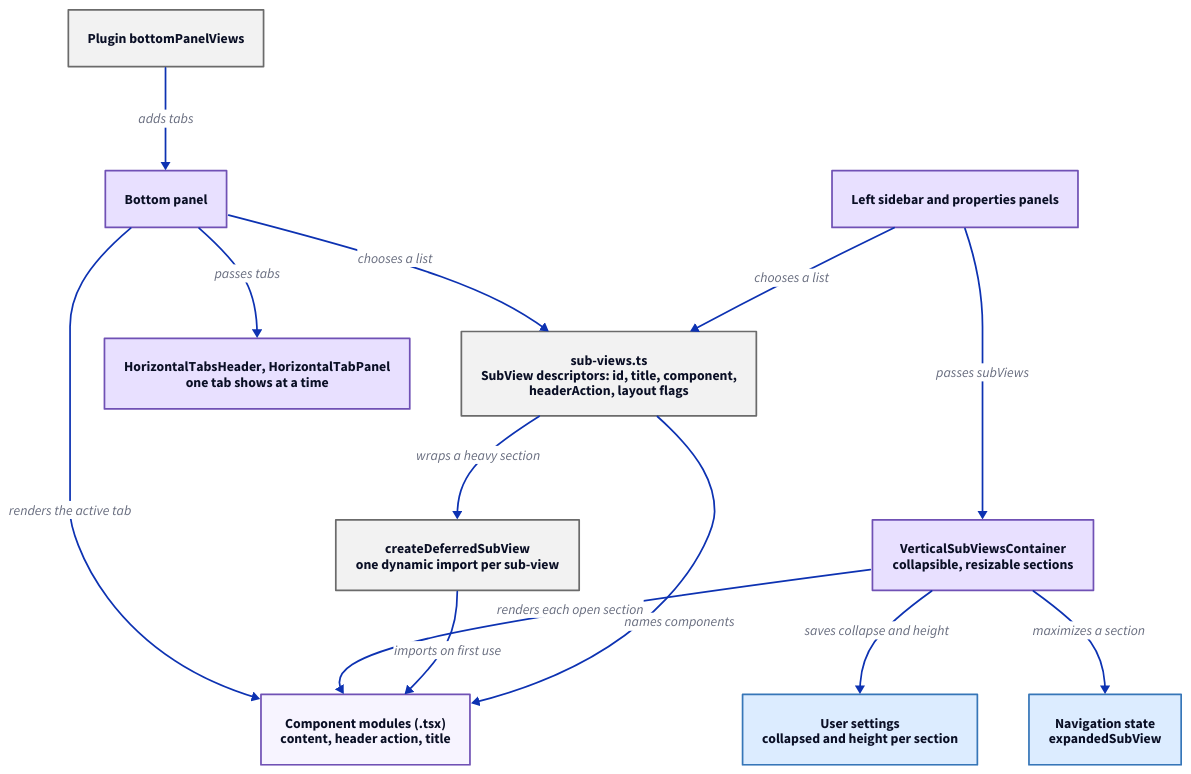
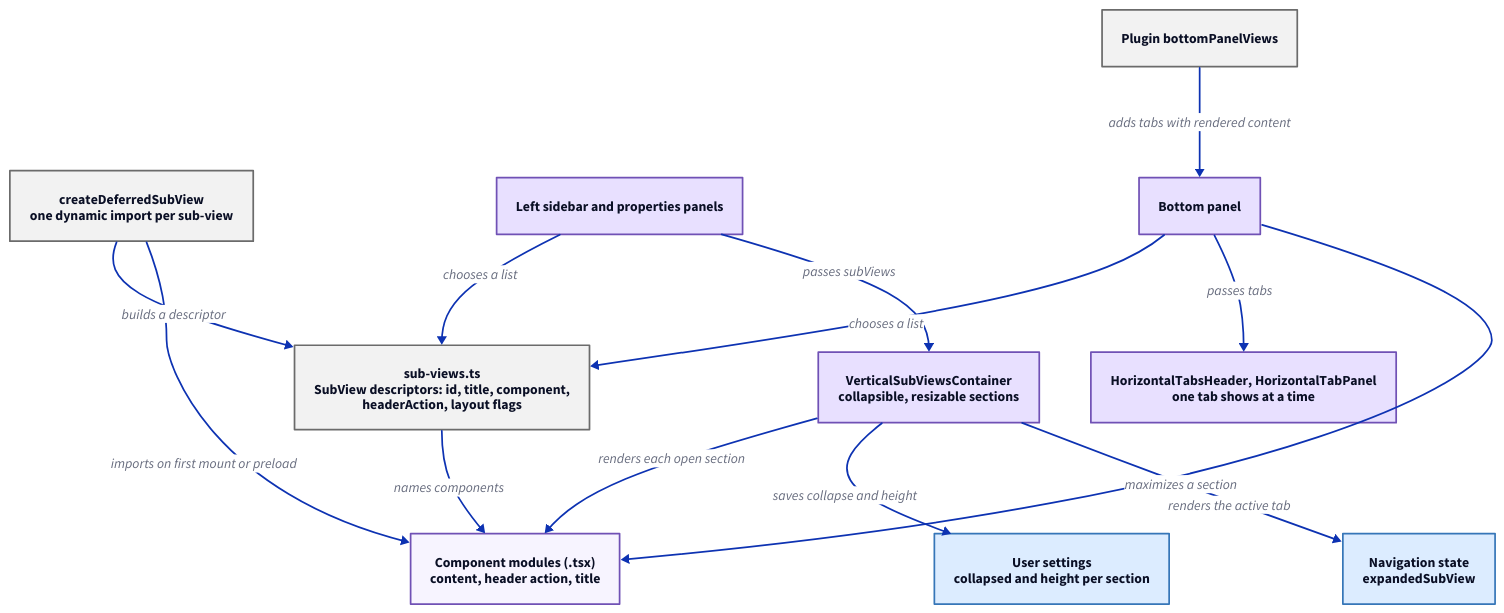
One commit to hashintel/hash changed the diagram in libs/@hashintel/petrinaut/src/ui/components/sub-view/sub-views.d2. Above: the diagram before and after it, drawn with D2. The commit also changed 1 other file, not shown here.

```diff
--- a/libs/@hashintel/petrinaut/src/ui/components/sub-view/sub-views.d2
+++ b/libs/@hashintel/petrinaut/src/ui/components/sub-view/sub-views.d2
@@ -1,30 +1,30 @@
 # Hand-written; rendered by the arch-docs build. React components use the
 # purple palette, stores the blue one, plain data the grey one.
 direction: down
 
 descriptors: "sub-views.ts\nSubView descriptors: id, title, component,\nheaderAction, layout flags" {style.fill: "#f2f2f2"; style.stroke: "#6b6b6b"}
 modules: "Component modules (.tsx)\ncontent, header action, title" {style.fill: "#f7f4ff"; style.stroke: "#7051b5"}
 deferred: "createDeferredSubView\none dynamic import per sub-view" {style.fill: "#f2f2f2"; style.stroke: "#6b6b6b"}
 
 side: "Left sidebar and properties panels" {style.fill: "#e8e0ff"; style.stroke: "#7051b5"}
 bottom: "Bottom panel" {style.fill: "#e8e0ff"; style.stroke: "#7051b5"}
 plugin: "Plugin bottomPanelViews" {style.fill: "#f2f2f2"; style.stroke: "#6b6b6b"}
 
 sections: "VerticalSubViewsContainer\ncollapsible, resizable sections" {style.fill: "#e8e0ff"; style.stroke: "#7051b5"}
 tabs: "HorizontalTabsHeader, HorizontalTabPanel\none tab shows at a time" {style.fill: "#e8e0ff"; style.stroke: "#7051b5"}
 
 settings: "User settings\ncollapsed and height per section" {style.fill: "#dcecff"; style.stroke: "#3676b8"}
 navigation: "Navigation state\nexpandedSubView" {style.fill: "#dcecff"; style.stroke: "#3676b8"}
 
 descriptors -> modules: "names components"
-descriptors -> deferred: "wraps a heavy section"
-deferred -> modules: "imports on first use"
+deferred -> descriptors: "builds a descriptor"
+deferred -> modules: "imports on first mount or preload"
 side -> descriptors: "chooses a list"
 bottom -> descriptors: "chooses a list"
-plugin -> bottom: "adds tabs"
+plugin -> bottom: "adds tabs with rendered content"
 side -> sections: "passes subViews"
 bottom -> tabs: "passes tabs"
 sections -> modules: "renders each open section"
 bottom -> modules: "renders the active tab"
 sections -> settings: "saves collapse and height"
 sections -> navigation: "maximizes a section"
```
